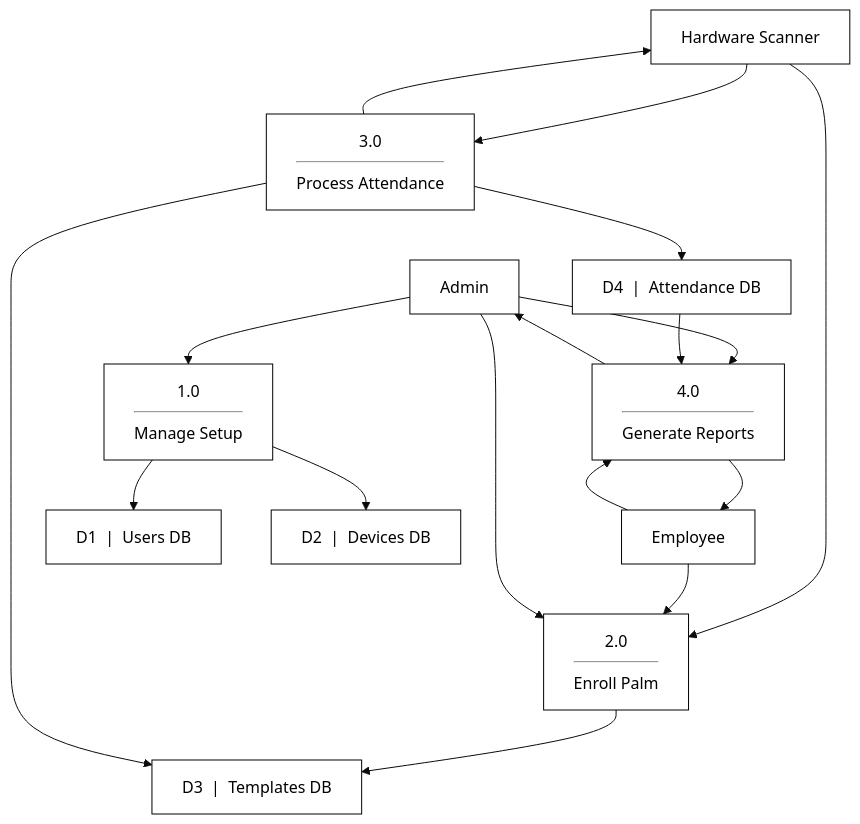
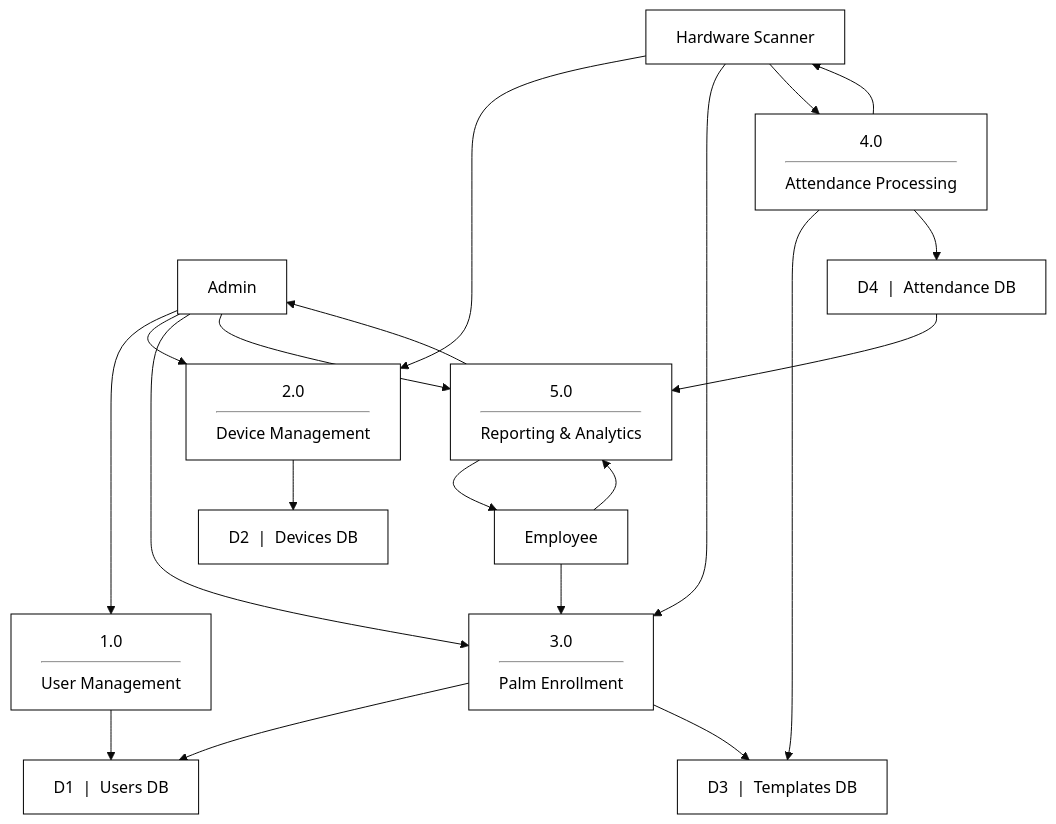
The fifth of 14 diagrams in USER_MANUAL.md (Touy2004/palm-back-end), drawn with Mermaid (base theme) before and after one commit. The commit also changed other lines of this file, not shown here.

Commit message:
docs: update system architecture and data flow diagrams in user manual

````diff
--- a/USER_MANUAL.md
+++ b/USER_MANUAL.md
@@ -302,45 +302,50 @@
 ```mermaid
 flowchart TD
     %% External Entities
     Admin[Admin]:::entity
     Employee[Employee]:::entity
     Device[Hardware Scanner]:::entity
 
     %% Processes
-    P1["1.0<hr/>Manage Setup"]:::process
-    P2["2.0<hr/>Enroll Palm"]:::process
-    P3["3.0<hr/>Process Attendance"]:::process
-    P4["4.0<hr/>Generate Reports"]:::process
+    P1["1.0<hr/>User Management"]:::process
+    P2["2.0<hr/>Device Management"]:::process
+    P3["3.0<hr/>Palm Enrollment"]:::process
+    P4["4.0<hr/>Attendance Processing"]:::process
+    P5["5.0<hr/>Reporting & Analytics"]:::process
 
     %% Data Stores
     D1["D1 &nbsp;|&nbsp; Users DB"]:::datastore
     D2["D2 &nbsp;|&nbsp; Devices DB"]:::datastore
     D3["D3 &nbsp;|&nbsp; Templates DB"]:::datastore
     D4["D4 &nbsp;|&nbsp; Attendance DB"]:::datastore
 
     %% Flows
     Admin --> P1
     P1 --> D1
-    P1 --> D2
 
+    Admin --> P2
     Device --> P2
-    Employee --> P2
-    Admin --> P2
-    P2 --> D3
+    P2 --> D2
 
     Device --> P3
+    Employee --> P3
+    Admin --> P3
+    P3 --> D1
     P3 --> D3
-    P3 --> D4
-    P3 --> Device
 
-    Admin --> P4
-    Employee --> P4
-    D4 --> P4
-    P4 --> Admin
-    P4 --> Employee
+    Device --> P4
+    P4 --> D3
+    P4 --> D4
+    P4 --> Device
+
+    Admin --> P5
+    Employee --> P5
+    D4 --> P5
+    P5 --> Admin
+    P5 --> Employee
 
     %% Styling
     classDef entity fill:#fff,stroke:#000,stroke-width:1px,shape:rect,color:#000
     classDef process fill:#fff,stroke:#000,stroke-width:1px,shape:rect,color:#000
     classDef datastore fill:#fff,stroke:#000,stroke-width:1px,shape:rect,color:#000
 ```
````
